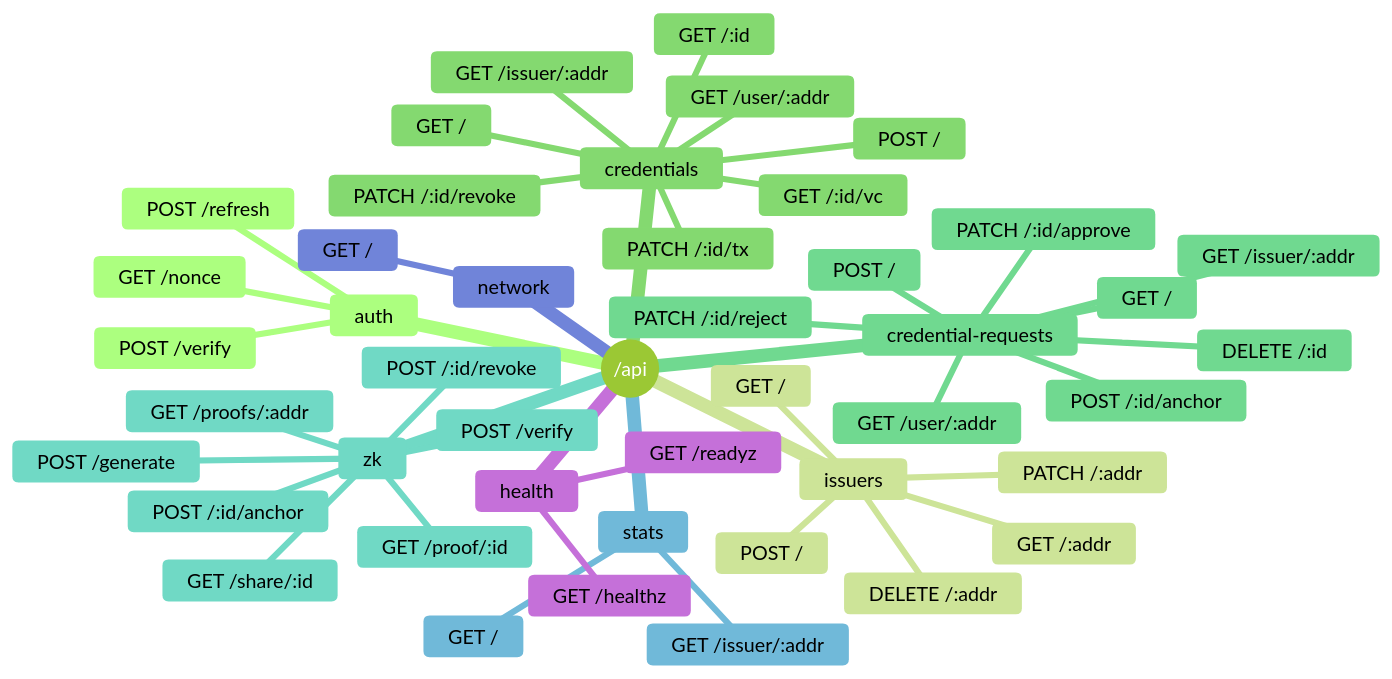
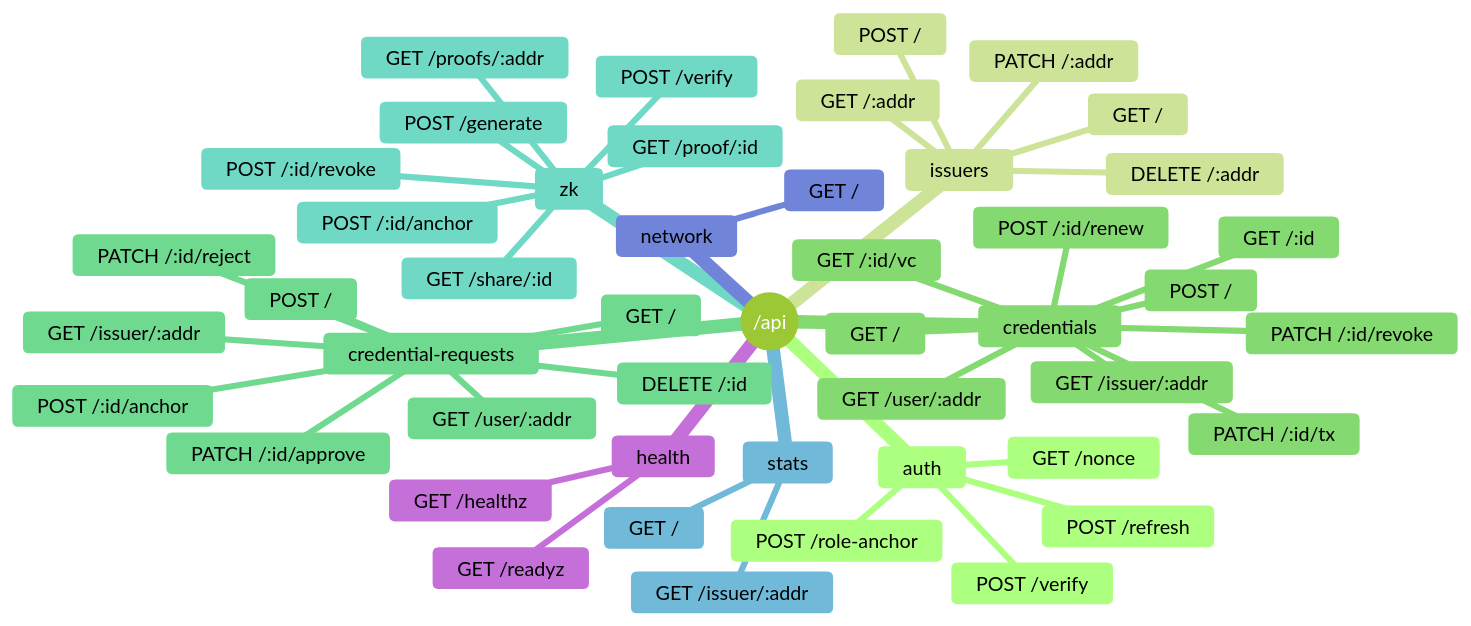
One commit to nishant-uxs/krydo-stellar changed diagram 21 of 26 in DOCUMENTATION.md. Above: the diagram before and after it, drawn with Mermaid (forest theme). The commit also changed other lines of this file and 2 other files, not shown here.

Commit message:
Align README and docs with wallet-signed Soroban flows.

````diff
--- a/DOCUMENTATION.md
+++ b/DOCUMENTATION.md
@@ -700,48 +703,50 @@
 ```mermaid
 mindmap
   root((/api))
     auth
       GET /nonce
       POST /verify
       POST /refresh
+      POST /role-anchor
     issuers
       GET /
       GET /:addr
       POST /
       PATCH /:addr
       DELETE /:addr
     credentials
       GET /
       GET /user/:addr
       GET /issuer/:addr
       GET /:id
       POST /
       PATCH /:id/tx
       PATCH /:id/revoke
+      POST /:id/renew
       GET /:id/vc
     credential-requests
       GET /
       GET /user/:addr
       GET /issuer/:addr
       POST /
       PATCH /:id/approve
       PATCH /:id/reject
       POST /:id/anchor
       DELETE /:id
     zk
       GET /proofs/:addr
       GET /proof/:id
       POST /generate
       POST /verify
       POST /:id/anchor
       POST /:id/revoke
       GET /share/:id
     stats
       GET /
       GET /issuer/:addr
     network
       GET /
     health
       GET /healthz
       GET /readyz
 ```
````
